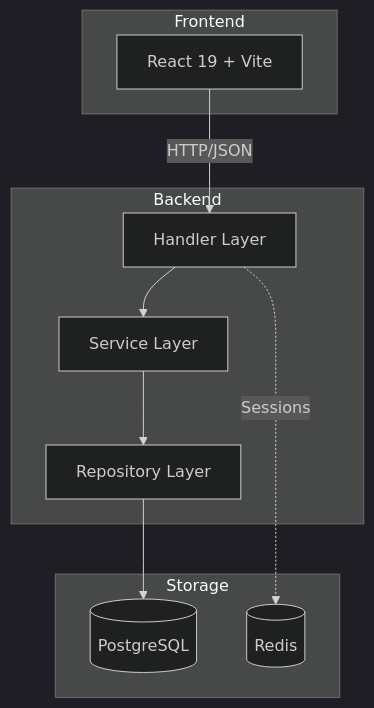
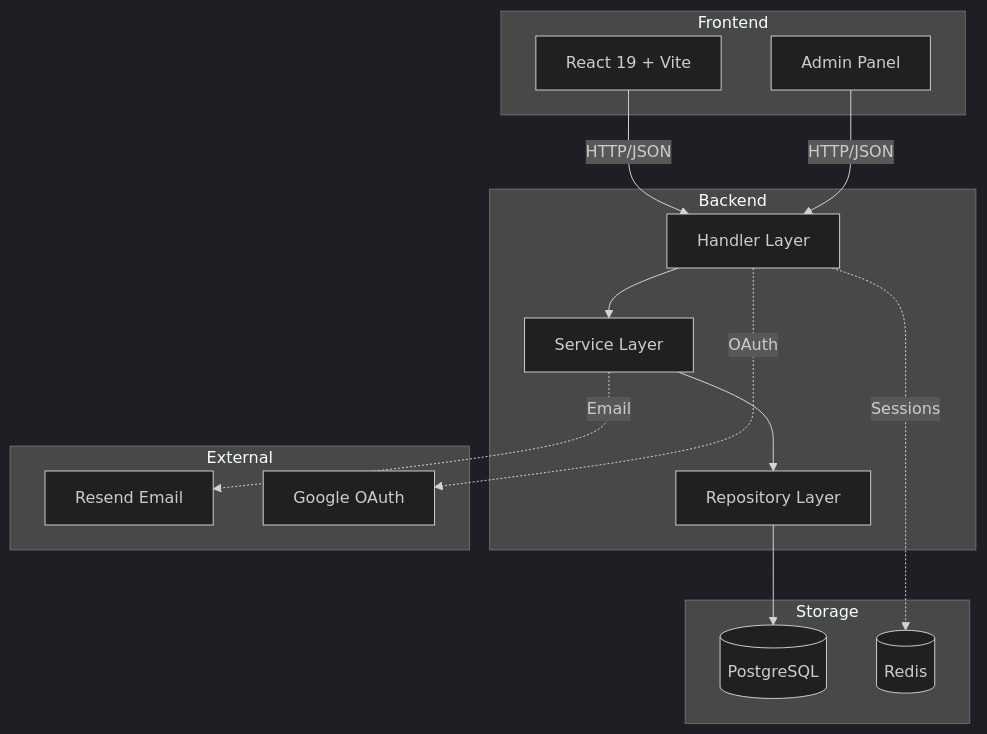
One commit to lucastamoios/celeiro changed the first of 4 diagrams in docs/architecture.md. Above: the diagram before and after it, drawn with Mermaid (dark theme). The commit also changed other lines of this file and 6 other files, not shown here.

````diff
--- a/docs/architecture.md
+++ b/docs/architecture.md
@@ -15,23 +15,32 @@
 ```mermaid
 flowchart TB
     subgraph Frontend
         React[React 19 + Vite]
+        Backoffice[Admin Panel]
     end
 
     subgraph Backend
         Handler[Handler Layer]
         Service[Service Layer]
         Repo[Repository Layer]
     end
 
     subgraph Storage
         PG[(PostgreSQL)]
         Redis[(Redis)]
     end
 
+    subgraph External
+        Resend[Resend Email]
+        Google[Google OAuth]
+    end
+
     React -->|HTTP/JSON| Handler
+    Backoffice -->|HTTP/JSON| Handler
     Handler --> Service
     Service --> Repo
     Repo --> PG
     Handler -.->|Sessions| Redis
+    Service -.->|Email| Resend
+    Handler -.->|OAuth| Google
 ```
````
